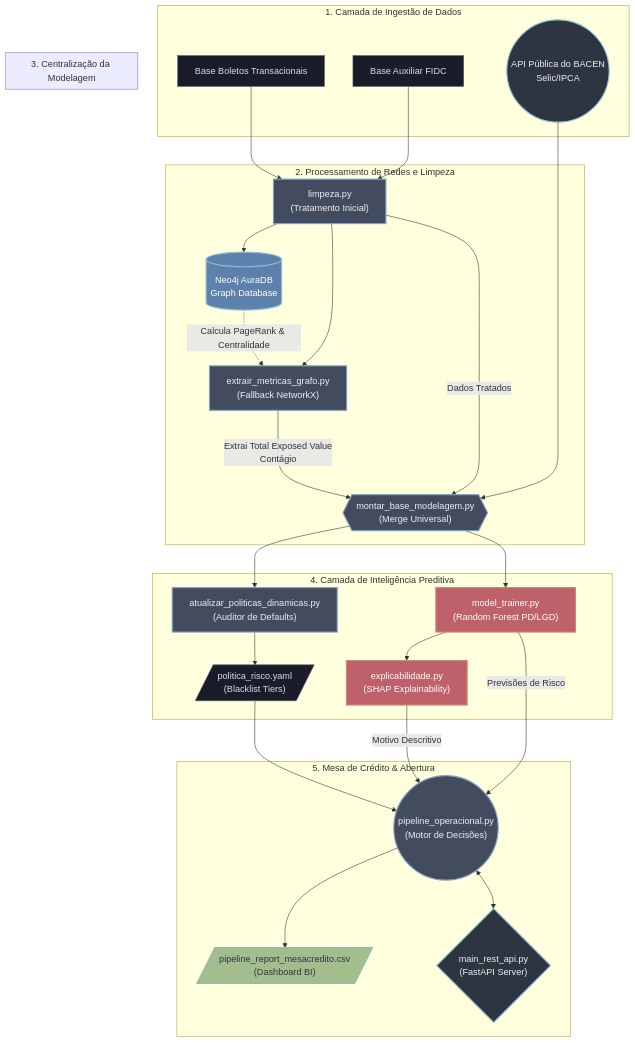
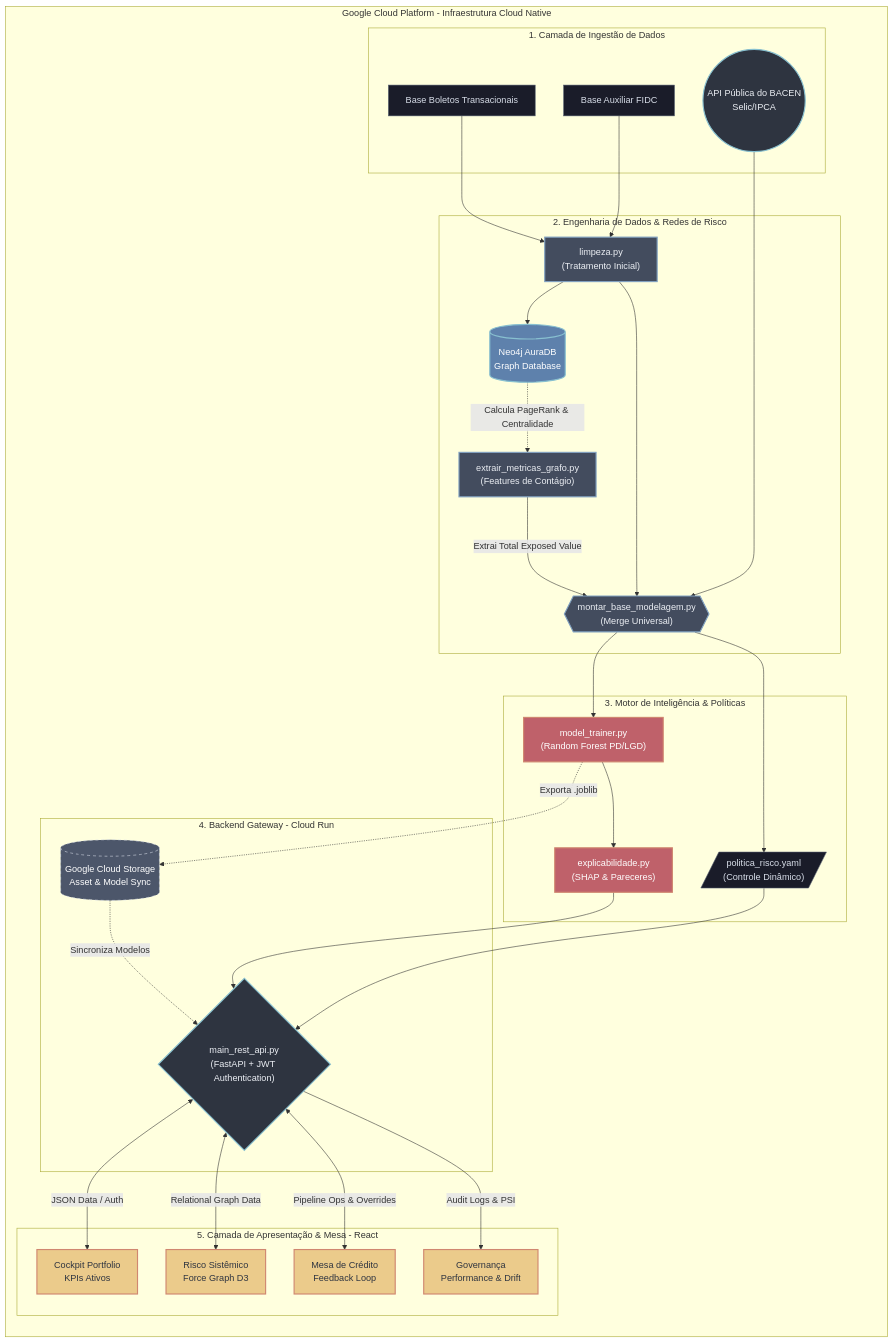
One commit to DiegoDegan/MotorForeSig-FIAPxNUCLEA changed the diagram in diagrama_arquitetura_mfs.md. Above: the diagram before and after it, drawn with Mermaid. The commit also changed other lines of this file, not shown here.

Commit message:
docs: atualiza diagrama de arquitetura Mermaid para refletir o estado final do MVP (Frontend + Cloud)

````diff
--- a/diagrama_arquitetura_mfs.md
+++ b/diagrama_arquitetura_mfs.md
@@ -5,65 +5,69 @@
 ```mermaid
 flowchart TD
     %% Cores e Estilizações Customizadas
     classDef rawData fill:#1a1c29,stroke:#4C566A,stroke-width:1px,color:#D8DEE9
     classDef external fill:#2e3440,stroke:#88C0D0,stroke-width:2px,color:#ECEFF4
     classDef compute fill:#434C5E,stroke:#81A1C1,stroke-width:2px,color:#ECEFF4
     classDef graphBD fill:#5E81AC,stroke:#88C0D0,stroke-width:2px,color:#FFF
     classDef mlEngine fill:#BF616A,stroke:#D08770,stroke-width:2px,color:#FFF
     classDef output fill:#A3BE8C,stroke:#8FBCBB,stroke-width:2px,color:#2E3440
+    classDef frontend fill:#EBCB8B,stroke:#D08770,stroke-width:2px,color:#2E3440
+    classDef infra fill:#4C566A,stroke:#D8DEE9,stroke-dasharray: 5 5,color:#FFF
 
-    %% Nível 1: Ingestão de Dados
-    subgraph Data Sources [1. Camada de Ingestão de Dados]
-        B[Base Boletos Transacionais]:::rawData
-        A[Base Auxiliar FIDC]:::rawData
-        BACEN((API Pública do BACEN\nSelic/IPCA)):::external
-    end
+    subgraph GCP [Google Cloud Platform - Infraestrutura Cloud Native]
+        direction TB
+        
+        subgraph DataSources [1. Camada de Ingestão de Dados]
+            B[Base Boletos Transacionais]:::rawData
+            A[Base Auxiliar FIDC]:::rawData
+            BACEN((API Pública do BACEN\nSelic/IPCA)):::external
+        end
 
-    %% Nível 2: Limpeza e Grafos
-    subgraph Processing [2. Processamento de Redes e Limpeza]
-        Limp["limpeza.py\n(Tratamento Inicial)"]:::compute
-        Neo[(Neo4j AuraDB\nGraph Database)]:::graphBD
-        NetworkX["extrair_metricas_grafo.py\n(Fallback NetworkX)"]:::compute
-        
-        B --> Limp
-        A --> Limp
-        Limp --> Neo
-        Limp --> NetworkX
-        Neo -.->|Calcula PageRank & Centralidade| NetworkX
-        NetworkX -- Extrai Total Exposed Value\nContágio ---> MergeBase
-    end
+        subgraph ETL_Graph [2. Engenharia de Dados & Redes de Risco]
+            Limp["limpeza.py\n(Tratamento Inicial)"]:::compute
+            Neo[(Neo4j AuraDB\nGraph Database)]:::graphBD
+            NetX["extrair_metricas_grafo.py\n(Features de Contágio)"]:::compute
+            
+            B --> Limp
+            A --> Limp
+            Limp --> Neo
+            Neo -.->|Calcula PageRank & Centralidade| NetX
+            NetX -- Extrai Total Exposed Value ---> MergeBase
+        end
 
-    %% Nível 3: Unificação
-    subgraph Centralization [3. Centralização da Modelagem]
-        MergeBase{{"montar_base_modelagem.py\n(Merge Universal)"}}:::compute
-        BACEN --> MergeBase
-        Limp -->|Dados Tratados| MergeBase
-    end
+        subgraph Intelligence [3. Motor de Inteligência & Políticas]
+            MergeBase{{"montar_base_modelagem.py\n(Merge Universal)"}}:::compute
+            Trainer["model_trainer.py\n(Random Forest PD/LGD)"]:::mlEngine
+            SHAP["explicabilidade.py\n(SHAP & Pareceres)"]:::mlEngine
+            YAML[/"politica_risco.yaml\n(Controle Dinâmico)"/]:::rawData
+            
+            Limp --> MergeBase
+            BACEN --> MergeBase
+            MergeBase --> Trainer
+            Trainer --> SHAP
+            MergeBase --> YAML
+        end
 
-    %% Nível 4: Machine Learning e Política YAML
-    subgraph Intelligence [4. Camada de Inteligência Preditiva]
-        Updater["atualizar_politicas_dinamicas.py\n(Auditor de Defaults)"]:::compute
-        YAML[/"politica_risco.yaml\n(Blacklist Tiers)"/]:::rawData
-        
-        Trainer["model_trainer.py\n(Random Forest PD/LGD)"]:::mlEngine
-        SHAP["explicabilidade.py\n(SHAP Explainability)"]:::mlEngine
+        subgraph Backend [4. Backend Gateway - Cloud Run]
+            FastAPI{"main_rest_api.py\n(FastAPI + JWT Authentication)"}:::external
+            GCS[(Google Cloud Storage\nAsset & Model Sync)]:::infra
+            
+            Trainer -.->|Exporta .joblib| GCS
+            GCS -.->|Sincroniza Modelos| FastAPI
+            SHAP --> FastAPI
+            YAML --> FastAPI
+        end
 
-        MergeBase --> Updater --> YAML
-        MergeBase --> Trainer
-        Trainer --> SHAP
-    end
-
-    %% Nível 5: O Operacional
-    subgraph Operational [5. Mesa de Crédito & Abertura]
-        Orquestrador(("pipeline_operacional.py\n(Motor de Decisões)")):::compute
-        REST{"main_rest_api.py\n(FastAPI Server)"}:::external
-        DashOutputs[/"pipeline_report_mesacredito.csv\n(Dashboard BI)"/]:::output
-        
-        YAML --> Orquestrador
-        Trainer -->|Previsões de Risco| Orquestrador
-        SHAP -->|Motivo Descritivo| Orquestrador
-        
-        Orquestrador --> DashOutputs
-        Orquestrador <--> REST
+        subgraph Frontend [5. Camada de Apresentação & Mesa - React]
+            Cockpit[Cockpit Portfolio\nKPIs Ativos]:::frontend
+            SysRisk[Risco Sistêmico\nForce Graph D3]:::frontend
+            CreditDesk[Mesa de Crédito\nFeedback Loop]:::frontend
+            Gov[Governança\nPerformance & Drift]:::frontend
+            
+            FastAPI <-->|JSON Data / Auth| Cockpit
+            FastAPI <-->|Relational Graph Data| SysRisk
+            FastAPI <-->|Pipeline Ops & Overrides| CreditDesk
+            FastAPI -->|Audit Logs & PSI| Gov
+        end
     end
 ```
````
